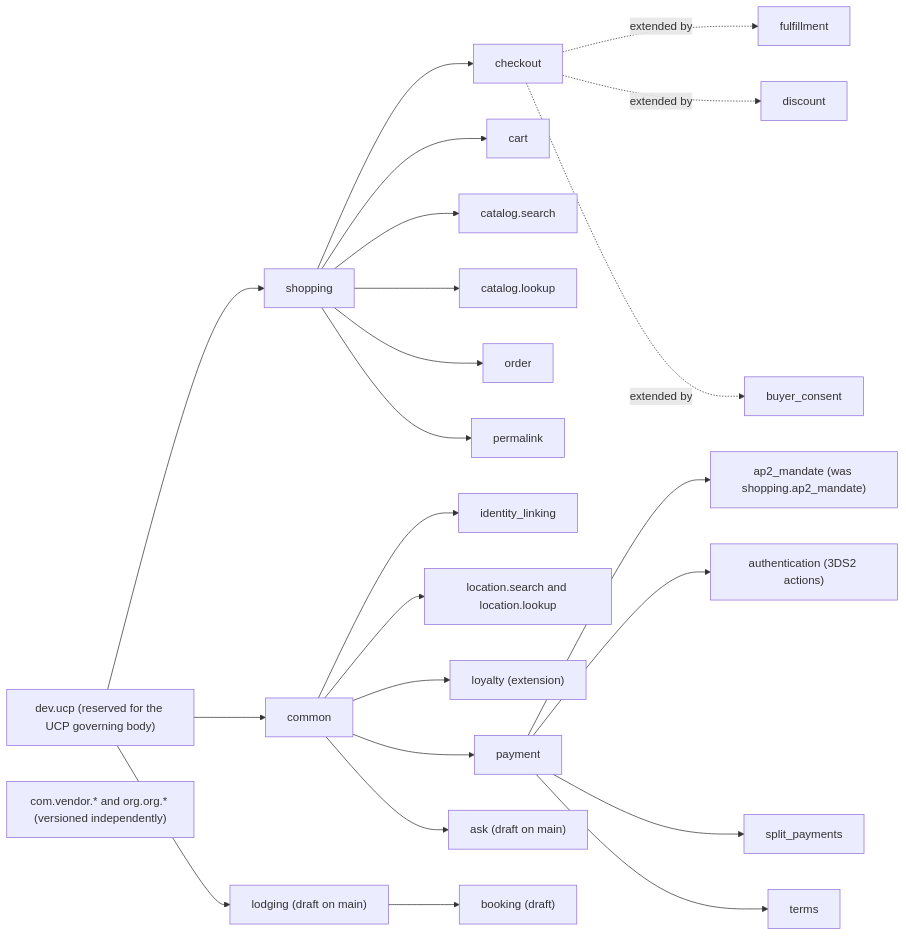
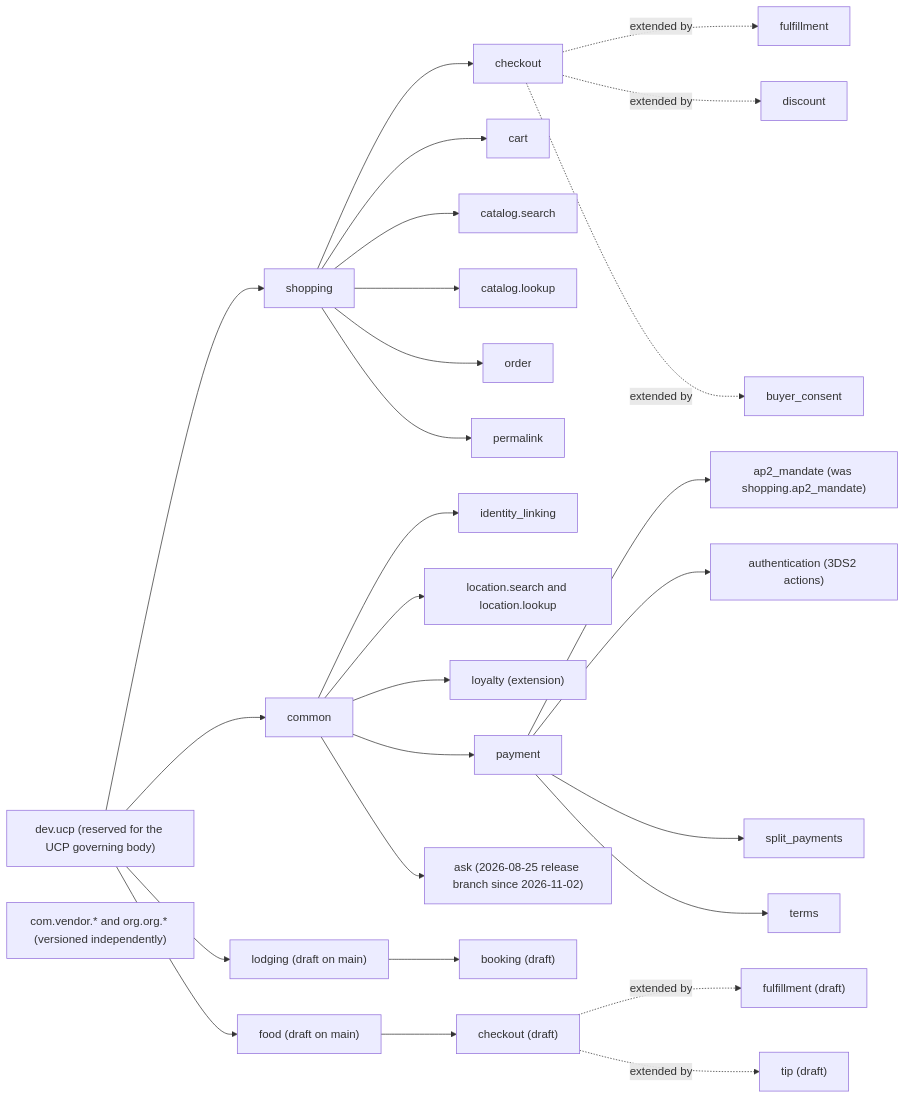
The diagram in src/content/diagrams/ucp-capability-namespace.mmd (mercesAI/agentic-rails-atlas), drawn with Mermaid before and after one commit. The commit also changed 314 other files, not shown here.

```diff
--- a/src/content/diagrams/ucp-capability-namespace.mmd
+++ b/src/content/diagrams/ucp-capability-namespace.mmd
@@ -1,25 +1,29 @@
 flowchart LR
   ROOT["dev.ucp (reserved for the UCP governing body)"]
   ROOT --> SH["shopping"]
   ROOT --> CO["common"]
   ROOT --> LO["lodging (draft on main)"]
+  ROOT --> FO["food (draft on main)"]
   SH --> CK["checkout"]
   SH --> CA["cart"]
   SH --> CS["catalog.search"]
   SH --> CL["catalog.lookup"]
   SH --> OR["order"]
   SH --> PL["permalink"]
   CK -. "extended by" .-> FU["fulfillment"]
   CK -. "extended by" .-> DI["discount"]
   CK -. "extended by" .-> BC["buyer_consent"]
   CO --> IL["identity_linking"]
   CO --> LS["location.search and location.lookup"]
   CO --> LY["loyalty (extension)"]
   CO --> PY["payment"]
   PY --> AP["ap2_mandate (was shopping.ap2_mandate)"]
   PY --> AU["authentication (3DS2 actions)"]
   PY --> SP["split_payments"]
   PY --> TE["terms"]
-  CO --> AS["ask (draft on main)"]
+  CO --> AS["ask (2026-08-25 release branch since 2026-11-02)"]
   LO --> LB["booking (draft)"]
+  FO --> FC["checkout (draft)"]
+  FC -. "extended by" .-> FF["fulfillment (draft)"]
+  FC -. "extended by" .-> FT["tip (draft)"]
   V["com.vendor.* and org.org.* (versioned independently)"]
```
